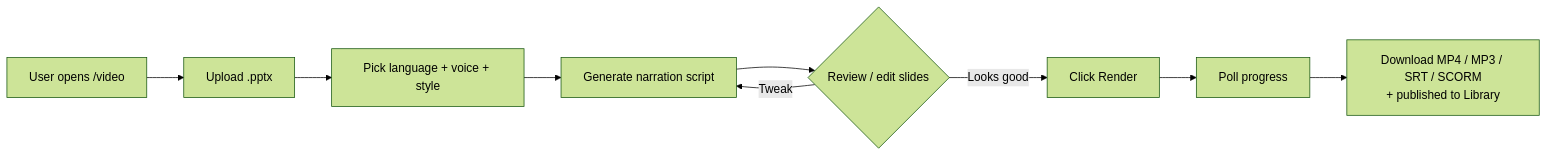
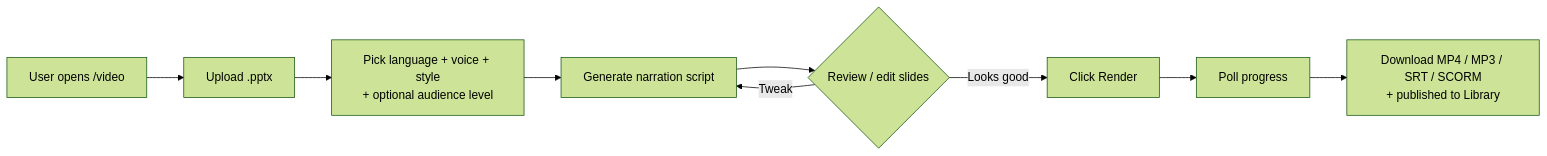
The first of 5 diagrams in docs/video.md (ozgurkarahan/ai-avatar-presenter), drawn with Mermaid (forest theme) before and after one commit. The commit also changed other lines of this file and 16 other files, not shown here.

First line of the commit message:
feat(scripts): audience level (beginner/practitioner/expert) for podcast and video

````diff
--- a/docs/video.md
+++ b/docs/video.md
@@ -21,11 +21,11 @@
 ```mermaid
 flowchart LR
     A[User opens /video] --> B[Upload .pptx]
-    B --> C[Pick language + voice + style]
+    B --> C[Pick language + voice + style<br/>+ optional audience level]
     C --> D[Generate narration script]
     D --> E{Review / edit slides}
     E -->|Looks good| F[Click Render]
     E -->|Tweak| D
     F --> G[Poll progress]
     G --> H[Download MP4 / MP3 / SRT / SCORM<br/>+ published to Library]
 ```
````
